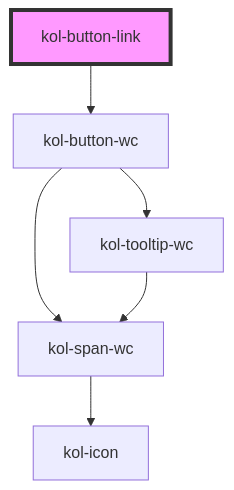
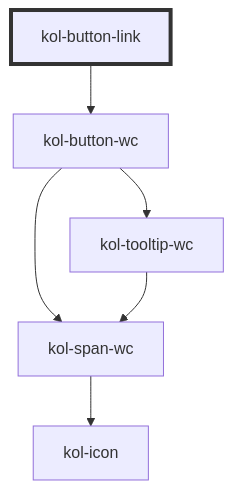
Before and after one commit to public-ui/kolibri: the diagram in packages/components/src/components/button-link/readme.md, drawn with Mermaid. The commit also changed 40 other files, not shown here.

````diff
--- a/packages/components/src/components/button-link/readme.md
+++ b/packages/components/src/components/button-link/readme.md
@@ -66,9 +66,9 @@
 ```mermaid
 graph TD;
   kol-button-link --> kol-button-wc
   kol-button-wc --> kol-span-wc
   kol-button-wc --> kol-tooltip-wc
   kol-span-wc --> kol-icon
   kol-tooltip-wc --> kol-span-wc
-  style kol-button-link fill:#f9f,stroke:#333,stroke-width:4px
+  style kol-button-link stroke:#333,stroke-width:4px
 ```
````
